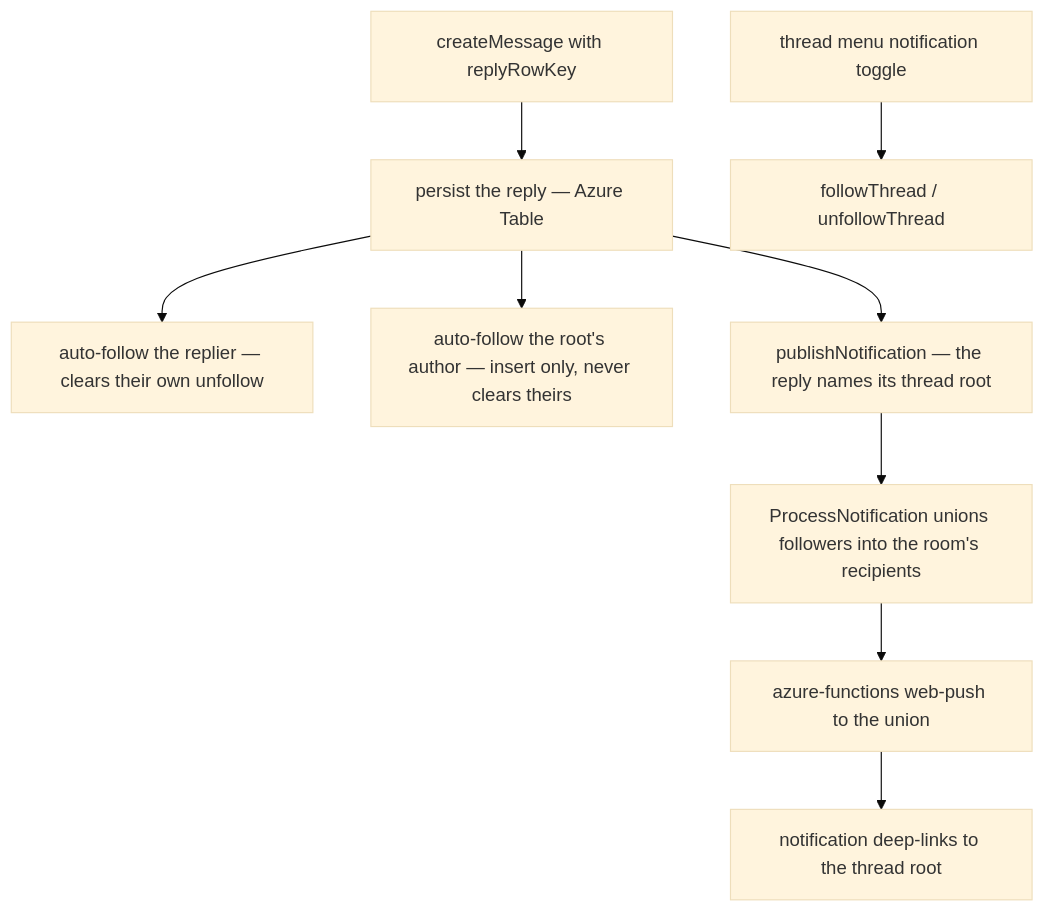
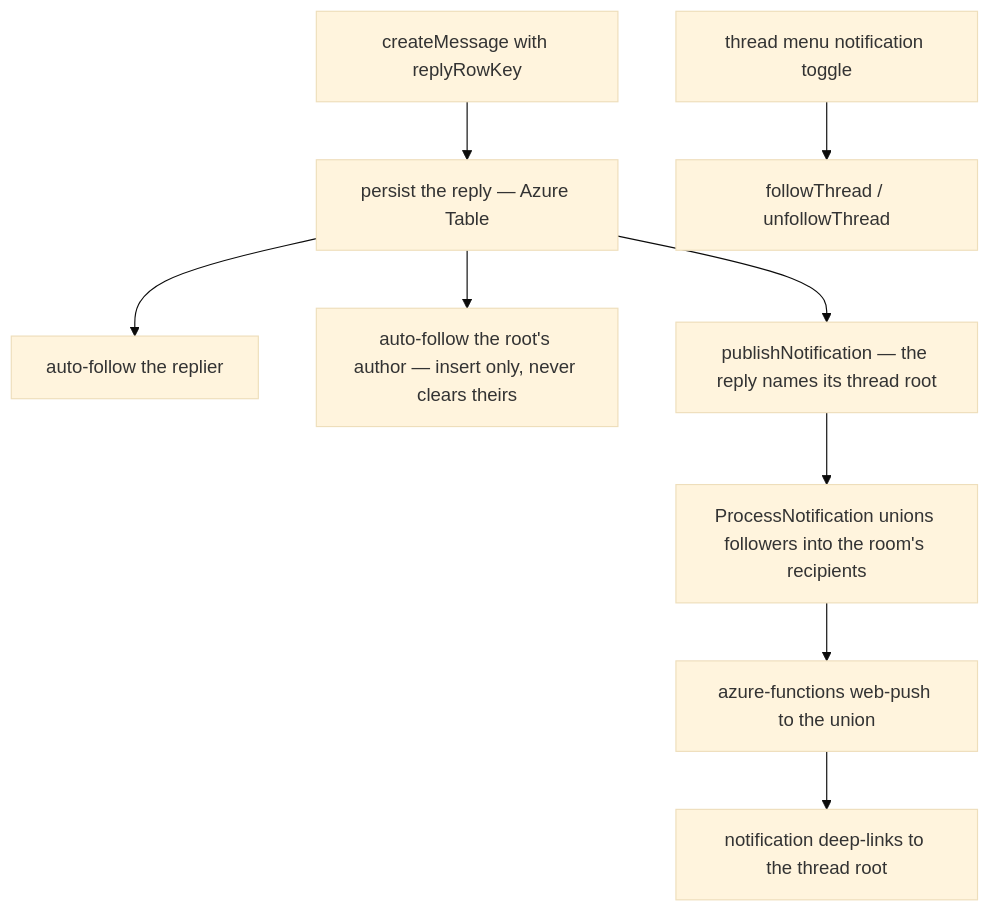
Before and after one commit to Esposter/Esposter: the diagram in openspec/specs/esbabbler/thread-follows/design.md, drawn with Mermaid (base theme). The commit also changed 6 other files, not shown here.

````diff
--- a/openspec/specs/esbabbler/thread-follows/design.md
+++ b/openspec/specs/esbabbler/thread-follows/design.md
@@ -9,11 +9,11 @@
 ```mermaid
 flowchart TD
   R["createMessage with replyRowKey"] --> P["persist the reply — Azure Table"]
-  P --> AF["auto-follow the replier — clears their own unfollow"]
+  P --> AF["auto-follow the replier"]
   P --> AR["auto-follow the root's author — insert only, never clears theirs"]
   P --> Q["publishNotification — the reply names its thread root"]
   Q --> E["ProcessNotification unions followers into the room's recipients"]
   E --> F["azure-functions web-push to the union"]
   F --> D["notification deep-links to the thread root"]
   B["thread menu notification toggle"] --> FT["followThread / unfollowThread"]
 ```
````
